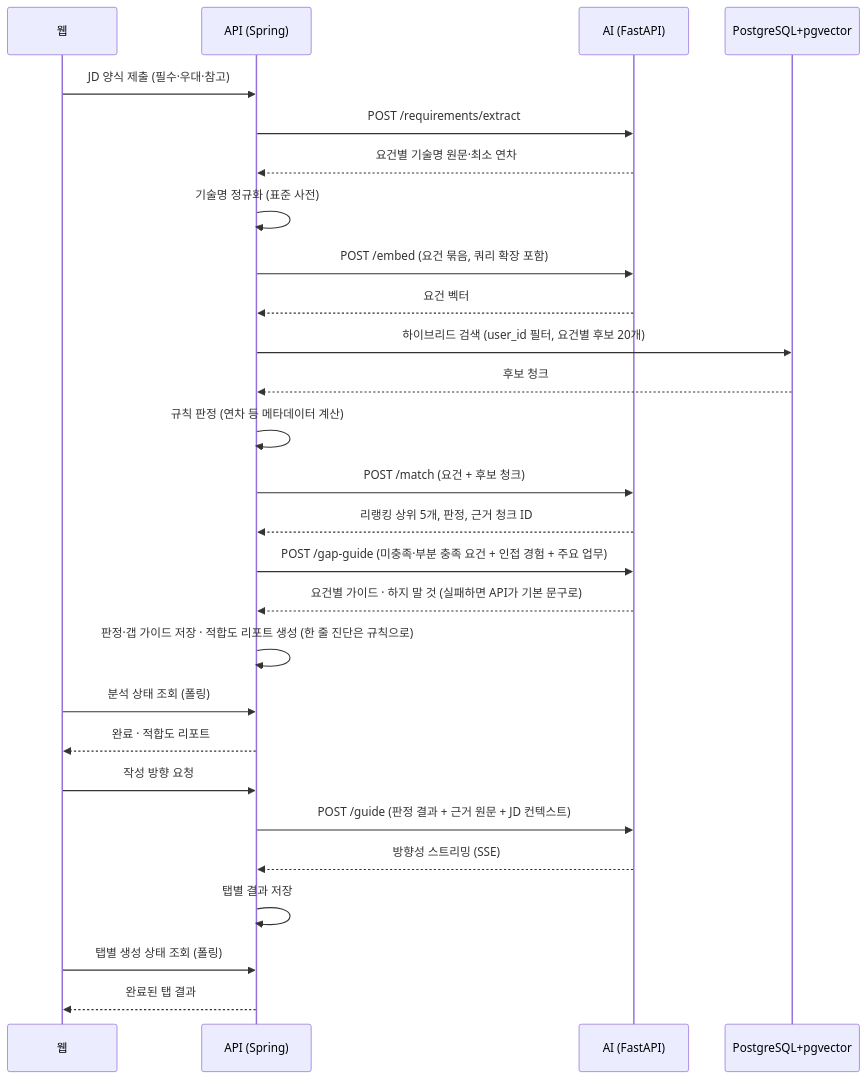
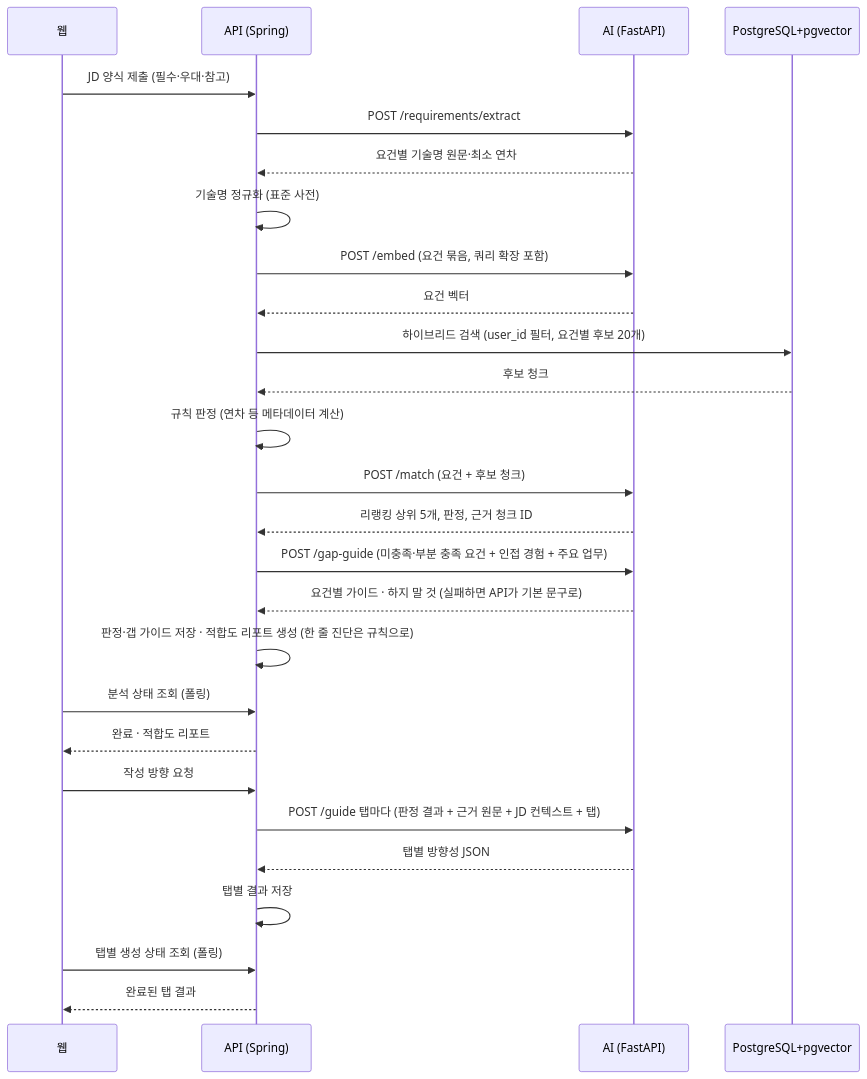
One commit to nerd-nam/SPEC-nerdnam changed the third of 3 diagrams in 기획서.md. Above: the diagram before and after it, drawn with Mermaid. The commit also changed other lines of this file and 1 other file, not shown here.

First line of the commit message:
docs: API ↔ AI 호출 방식 — 작업 저장 후 백그라운드 HTTP, /guide 탭별 JSON (기획서 v1.23)

````diff
--- a/기획서.md
+++ b/기획서.md
@@ -495,29 +496,29 @@
 ```mermaid
 sequenceDiagram
     participant W as 웹
     participant A as API (Spring)
     participant AI as AI (FastAPI)
     participant DB as PostgreSQL+pgvector
     W->>A: JD 양식 제출 (필수·우대·참고)
     A->>AI: POST /requirements/extract
     AI-->>A: 요건별 기술명 원문·최소 연차
     A->>A: 기술명 정규화 (표준 사전)
     A->>AI: POST /embed (요건 묶음, 쿼리 확장 포함)
     AI-->>A: 요건 벡터
     A->>DB: 하이브리드 검색 (user_id 필터, 요건별 후보 20개)
     DB-->>A: 후보 청크
     A->>A: 규칙 판정 (연차 등 메타데이터 계산)
     A->>AI: POST /match (요건 + 후보 청크)
     AI-->>A: 리랭킹 상위 5개, 판정, 근거 청크 ID
     A->>AI: POST /gap-guide (미충족·부분 충족 요건 + 인접 경험 + 주요 업무)
     AI-->>A: 요건별 가이드 · 하지 말 것 (실패하면 API가 기본 문구로)
     A->>A: 판정·갭 가이드 저장 · 적합도 리포트 생성 (한 줄 진단은 규칙으로)
     W->>A: 분석 상태 조회 (폴링)
     A-->>W: 완료 · 적합도 리포트
     W->>A: 작성 방향 요청
-    A->>AI: POST /guide (판정 결과 + 근거 원문 + JD 컨텍스트)
-    AI-->>A: 방향성 스트리밍 (SSE)
+    A->>AI: POST /guide 탭마다 (판정 결과 + 근거 원문 + JD 컨텍스트 + 탭)
+    AI-->>A: 탭별 방향성 JSON
     A->>A: 탭별 결과 저장
     W->>A: 탭별 생성 상태 조회 (폴링)
     A-->>W: 완료된 탭 결과
 ```
````
